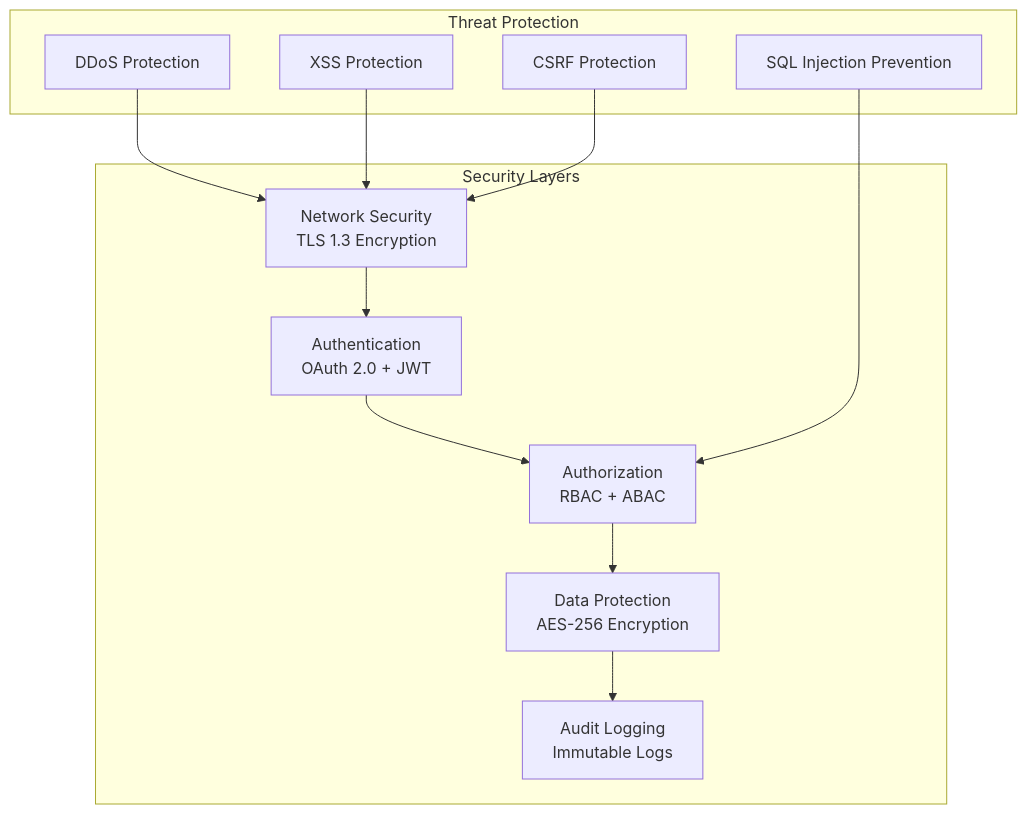
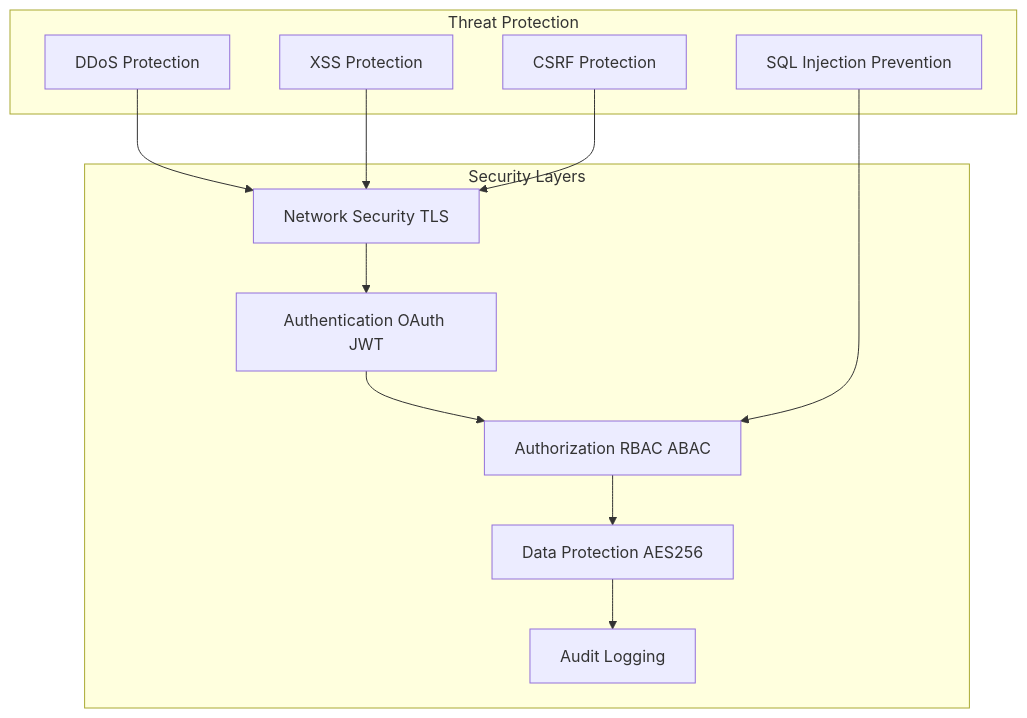
One commit to ShanKonduru/agent_monitor changed the eighth of 9 diagrams in docs/PULSEGUARD_COMPREHENSIVE_DOCUMENTATION.md. Above: the diagram before and after it, drawn with Mermaid. The commit also changed other lines of this file and 9338 other files, not shown here.

````diff
--- a/docs/PULSEGUARD_COMPREHENSIVE_DOCUMENTATION.md
+++ b/docs/PULSEGUARD_COMPREHENSIVE_DOCUMENTATION.md
@@ -837,27 +824,27 @@
 ```mermaid
 graph TB
-    subgraph SecurityLayers [Security Layers]
-        A[Network Security<br/>TLS 1.3 Encryption]
-        B[Authentication<br/>OAuth 2.0 + JWT]
-        C[Authorization<br/>RBAC + ABAC]
-        D[Data Protection<br/>AES-256 Encryption]
-        E[Audit Logging<br/>Immutable Logs]
+    subgraph SecurityLayers[Security Layers]
+        A[Network Security TLS]
+        B[Authentication OAuth JWT]
+        C[Authorization RBAC ABAC]
+        D[Data Protection AES256]
+        E[Audit Logging]
     end
     
-    subgraph ThreatProtection [Threat Protection]
+    subgraph ThreatProtection[Threat Protection]
         F[DDoS Protection]
         G[SQL Injection Prevention]
         H[XSS Protection]
         I[CSRF Protection]
     end
     
     A --> B
     B --> C
     C --> D
     D --> E
     
     F --> A
     G --> C
     H --> A
     I --> A
 ```
````
